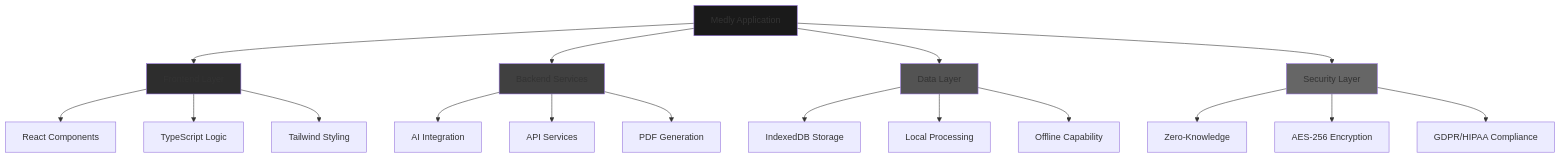
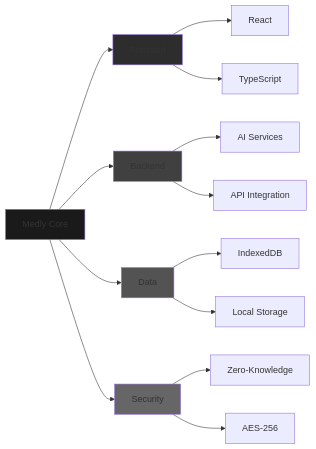
One commit to Iceman-Dann/Medly changed the ninth of 9 diagrams in README.md. Above: the diagram before and after it, drawn with Mermaid. The commit also changed other lines of this file, not shown here.

Commit message:
Simplify architecture graph to fit screen better

````diff
--- a/README.md
+++ b/README.md
@@ -172,29 +172,25 @@
 ```mermaid
-graph TD
-    A[Medly Application] --> B[Frontend Layer]
-    A --> C[Backend Services]
-    A --> D[Data Layer]
-    A --> E[Security Layer]
+graph LR
+    A[Medly Core] --> B[Frontend]
+    A --> C[Backend]
+    A --> D[Data]
+    A --> E[Security]
     
-    B --> B1[React Components]
-    B --> B2[TypeScript Logic]
-    B --> B3[Tailwind Styling]
+    B --> B1[React]
+    B --> B2[TypeScript]
     
-    C --> C1[AI Integration]
-    C --> C2[API Services]
-    C --> C3[PDF Generation]
+    C --> C1[AI Services]
+    C --> C2[API Integration]
     
-    D --> D1[IndexedDB Storage]
-    D --> D2[Local Processing]
-    D --> D3[Offline Capability]
+    D --> D1[IndexedDB]
+    D --> D2[Local Storage]
     
     E --> E1[Zero-Knowledge]
-    E --> E2[AES-256 Encryption]
-    E --> E3[GDPR/HIPAA Compliance]
+    E --> E2[AES-256]
     
     style A fill:#1a1a1a
     style B fill:#2d2d2d
     style C fill:#404040
     style D fill:#535353
     style E fill:#666666
 ```
````
